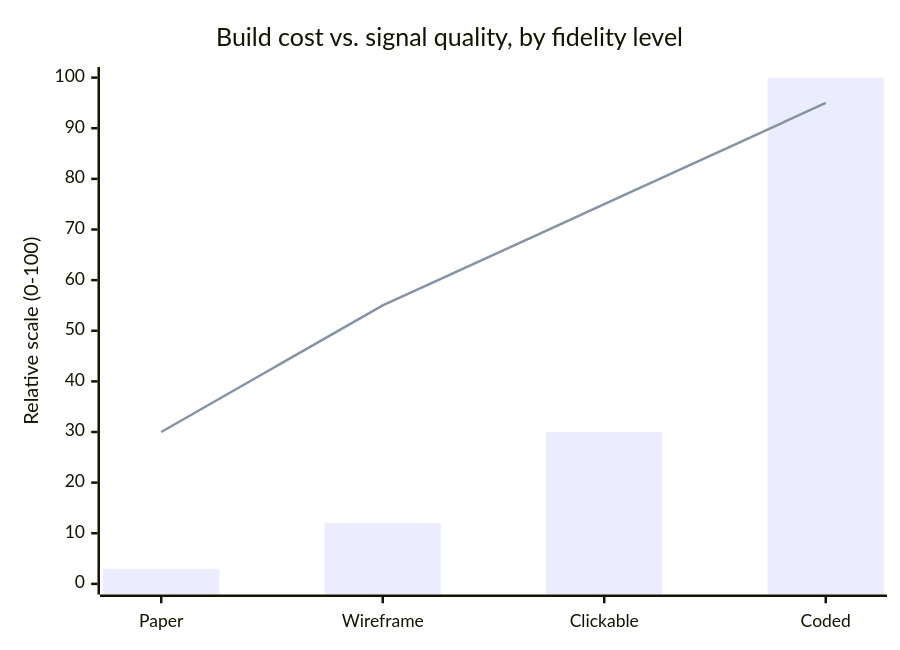
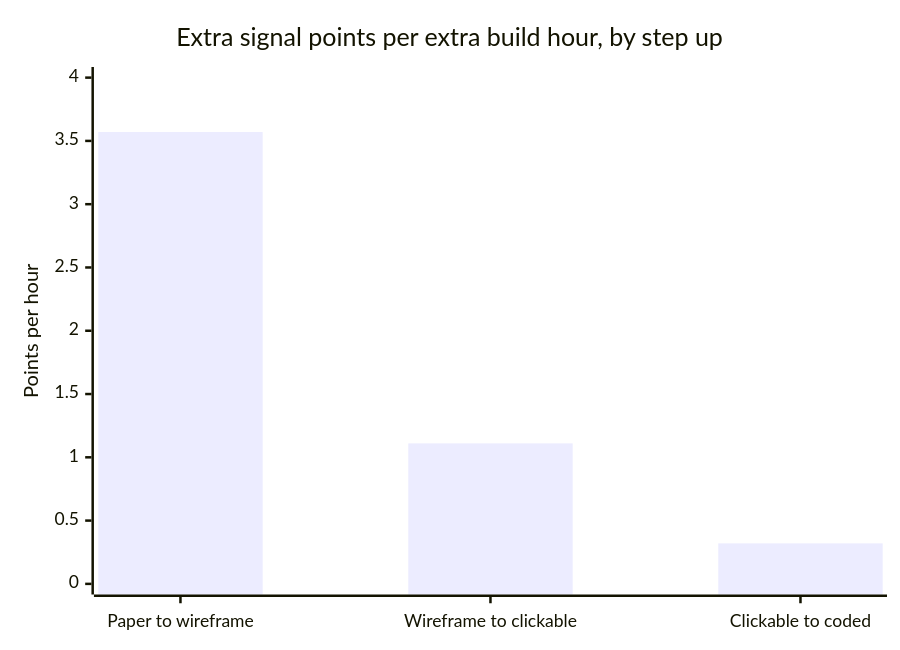
Before and after one commit to francoandreDev/knowledge: the second of 2 diagrams in src/content/design/prototyping-feedback-loops/L2-concept.mdx, drawn with Mermaid. The commit also changed other lines of this file and 16 other files, not shown here.

````diff
--- a/src/content/design/prototyping-feedback-loops/L2-concept.mdx
+++ b/src/content/design/prototyping-feedback-loops/L2-concept.mdx
@@ -80,8 +88,7 @@
 ```mermaid
 xychart-beta
-    title "Build cost vs. signal quality, by fidelity level"
-    x-axis ["Paper", "Wireframe", "Clickable", "Coded"]
-    y-axis "Relative scale (0-100)" 0 --> 100
-    bar "Build cost" [3, 12, 30, 100]
-    line "Signal quality" [30, 55, 75, 95]
+    title "Extra signal points per extra build hour, by step up"
+    x-axis ["Paper to wireframe", "Wireframe to clickable", "Clickable to coded"]
+    y-axis "Points per hour" 0 --> 4
+    bar [3.57, 1.11, 0.32]
 ```
````
